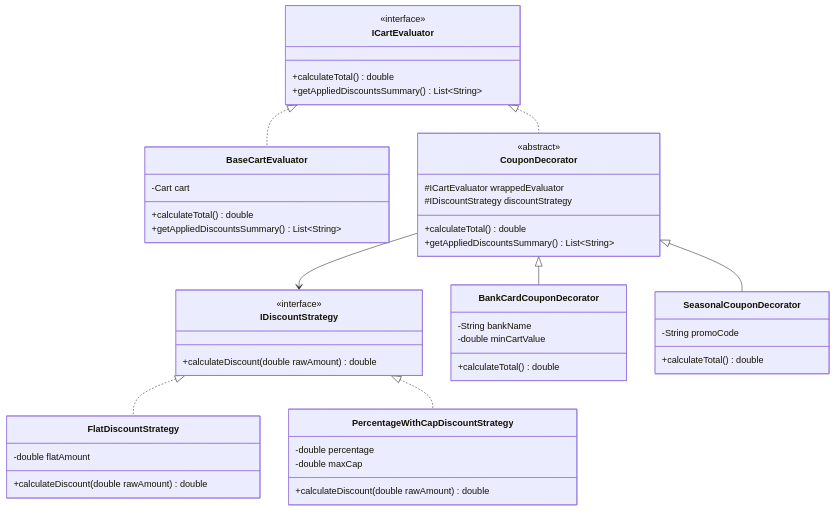
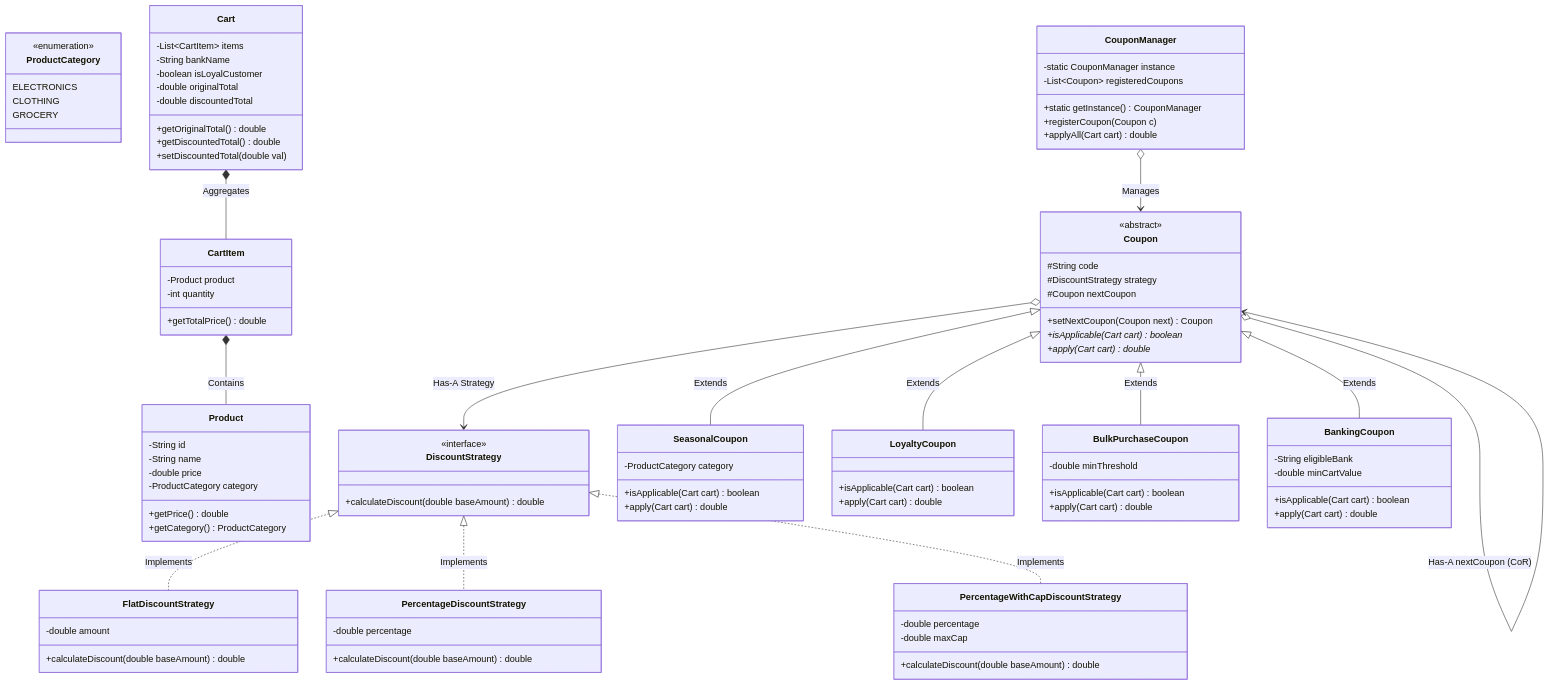
The second of 2 diagrams in 04-OOPs-and-Design-Patterns/04-LLD-Case-Studies/24-Build-Discount-Coupon-Engine.md (rohithgowda18/Notes), drawn with Mermaid before and after one commit. The commit also changed other lines of this file and 30 other files, not shown here.

````diff
--- a/04-OOPs-and-Design-Patterns/04-LLD-Case-Studies/24-Build-Discount-Coupon-Engine.md
+++ b/04-OOPs-and-Design-Patterns/04-LLD-Case-Studies/24-Build-Discount-Coupon-Engine.md
@@ -57,55 +81,113 @@
 ```mermaid
 classDiagram
-    class IDiscountStrategy {
+    class ProductCategory {
+        <<enumeration>>
+        ELECTRONICS
+        CLOTHING
+        GROCERY
+    }
+
+    class Product {
+        -String id
+        -String name
+        -double price
+        -ProductCategory category
+        +getPrice() double
+        +getCategory() ProductCategory
+    }
+
+    class CartItem {
+        -Product product
+        -int quantity
+        +getTotalPrice() double
+    }
+
+    class Cart {
+        -List~CartItem~ items
+        -String bankName
+        -boolean isLoyalCustomer
+        -double originalTotal
+        -double discountedTotal
+        +getOriginalTotal() double
+        +getDiscountedTotal() double
+        +setDiscountedTotal(double val)
+    }
+
+    class DiscountStrategy {
         <<interface>>
-        +calculateDiscount(double rawAmount) double
+        +calculateDiscount(double baseAmount) double
     }
+
     class FlatDiscountStrategy {
-        -double flatAmount
-        +calculateDiscount(double rawAmount) double
+        -double amount
+        +calculateDiscount(double baseAmount) double
     }
+
+    class PercentageDiscountStrategy {
+        -double percentage
+        +calculateDiscount(double baseAmount) double
+    }
+
     class PercentageWithCapDiscountStrategy {
         -double percentage
         -double maxCap
-        +calculateDiscount(double rawAmount) double
-    }
-    IDiscountStrategy <|.. FlatDiscountStrategy
-    IDiscountStrategy <|.. PercentageWithCapDiscountStrategy
-
-    class ICartEvaluator {
-        <<interface>>
-        +calculateTotal() double
-        +getAppliedDiscountsSummary() List~String~
+        +calculateDiscount(double baseAmount) double
     }
 
-    class BaseCartEvaluator {
-        -Cart cart
-        +calculateTotal() double
-        +getAppliedDiscountsSummary() List~String~
+    class Coupon {
+        <<abstract>>
+        #String code
+        #DiscountStrategy strategy
+        #Coupon nextCoupon
+        +setNextCoupon(Coupon next) Coupon
+        +isApplicable(Cart cart)* boolean
+        +apply(Cart cart)* double
     }
 
-    class CouponDecorator {
-        <<abstract>>
-        #ICartEvaluator wrappedEvaluator
-        #IDiscountStrategy discountStrategy
-        +calculateTotal() double
-        +getAppliedDiscountsSummary() List~String~
+    class SeasonalCoupon {
+        -ProductCategory category
+        +isApplicable(Cart cart) boolean
+        +apply(Cart cart) double
     }
 
-    class BankCardCouponDecorator {
-        -String bankName
-        -double minCartValue
-        +calculateTotal() double
+    class LoyaltyCoupon {
+        +isApplicable(Cart cart) boolean
+        +apply(Cart cart) double
     }
 
-    class SeasonalCouponDecorator {
-        -String promoCode
-        +calculateTotal() double
+    class BulkPurchaseCoupon {
+        -double minThreshold
+        +isApplicable(Cart cart) boolean
+        +apply(Cart cart) double
     }
 
-    ICartEvaluator <|.. BaseCartEvaluator
-    ICartEvaluator <|.. CouponDecorator
-    CouponDecorator <|-- BankCardCouponDecorator
-    CouponDecorator <|-- SeasonalCouponDecorator
-    CouponDecorator --> IDiscountStrategy
+    class BankingCoupon {
+        -String eligibleBank
+        -double minCartValue
+        +isApplicable(Cart cart) boolean
+        +apply(Cart cart) double
+    }
+
+    class CouponManager {
+        -static CouponManager instance
+        -List~Coupon~ registeredCoupons
+        +static getInstance() CouponManager
+        +registerCoupon(Coupon c)
+        +applyAll(Cart cart) double
+    }
+
+    DiscountStrategy <|.. FlatDiscountStrategy : Implements
+    DiscountStrategy <|.. PercentageDiscountStrategy : Implements
+    DiscountStrategy <|.. PercentageWithCapDiscountStrategy : Implements
+
+    Coupon <|-- SeasonalCoupon : Extends
+    Coupon <|-- LoyaltyCoupon : Extends
+    Coupon <|-- BulkPurchaseCoupon : Extends
+    Coupon <|-- BankingCoupon : Extends
+    Coupon o--> DiscountStrategy : Has-A Strategy
+    Coupon o--> Coupon : Has-A nextCoupon (CoR)
+
+    CartItem *-- Product : Contains
+    Cart *-- CartItem : Aggregates
+    CouponManager o--> Coupon : Manages
 ```
````
